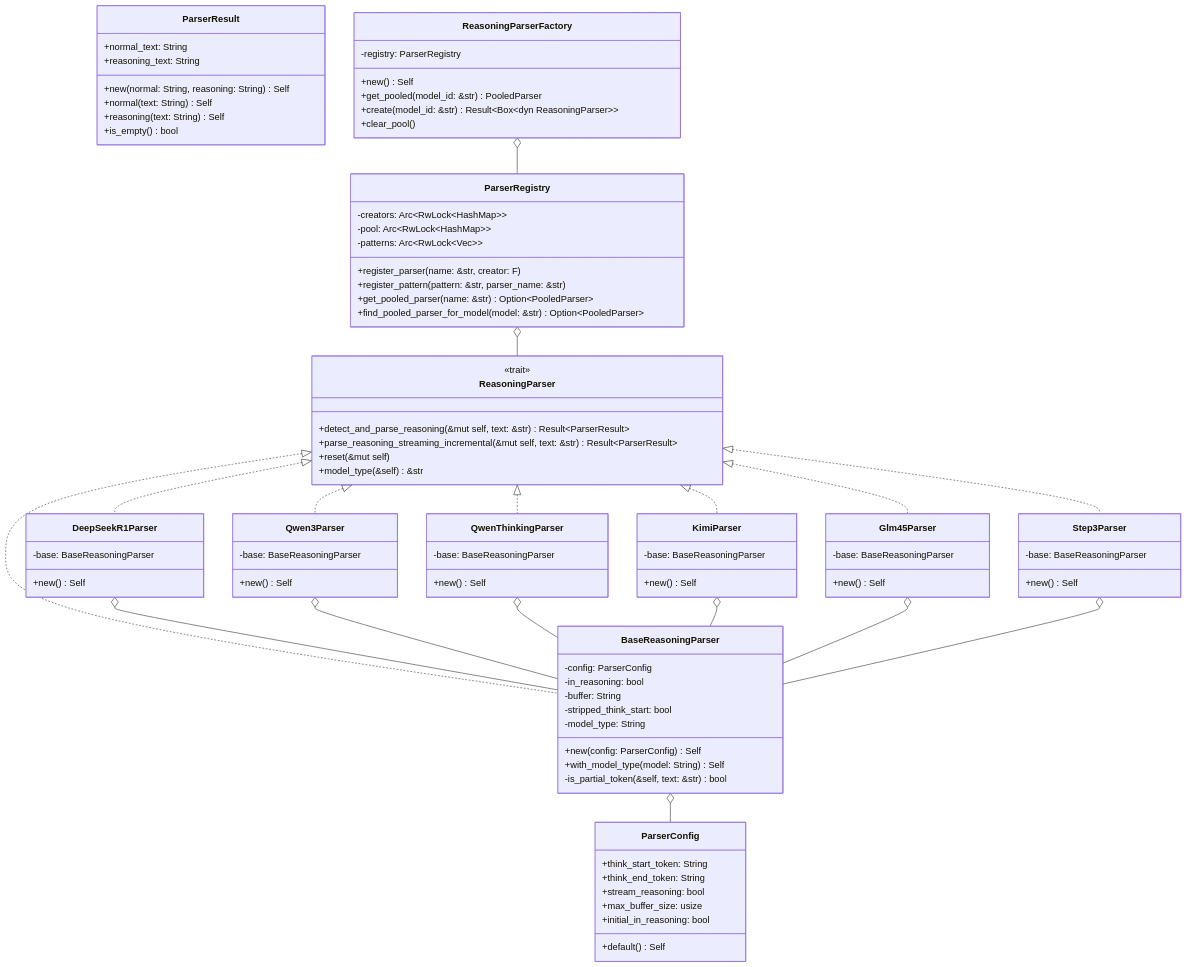
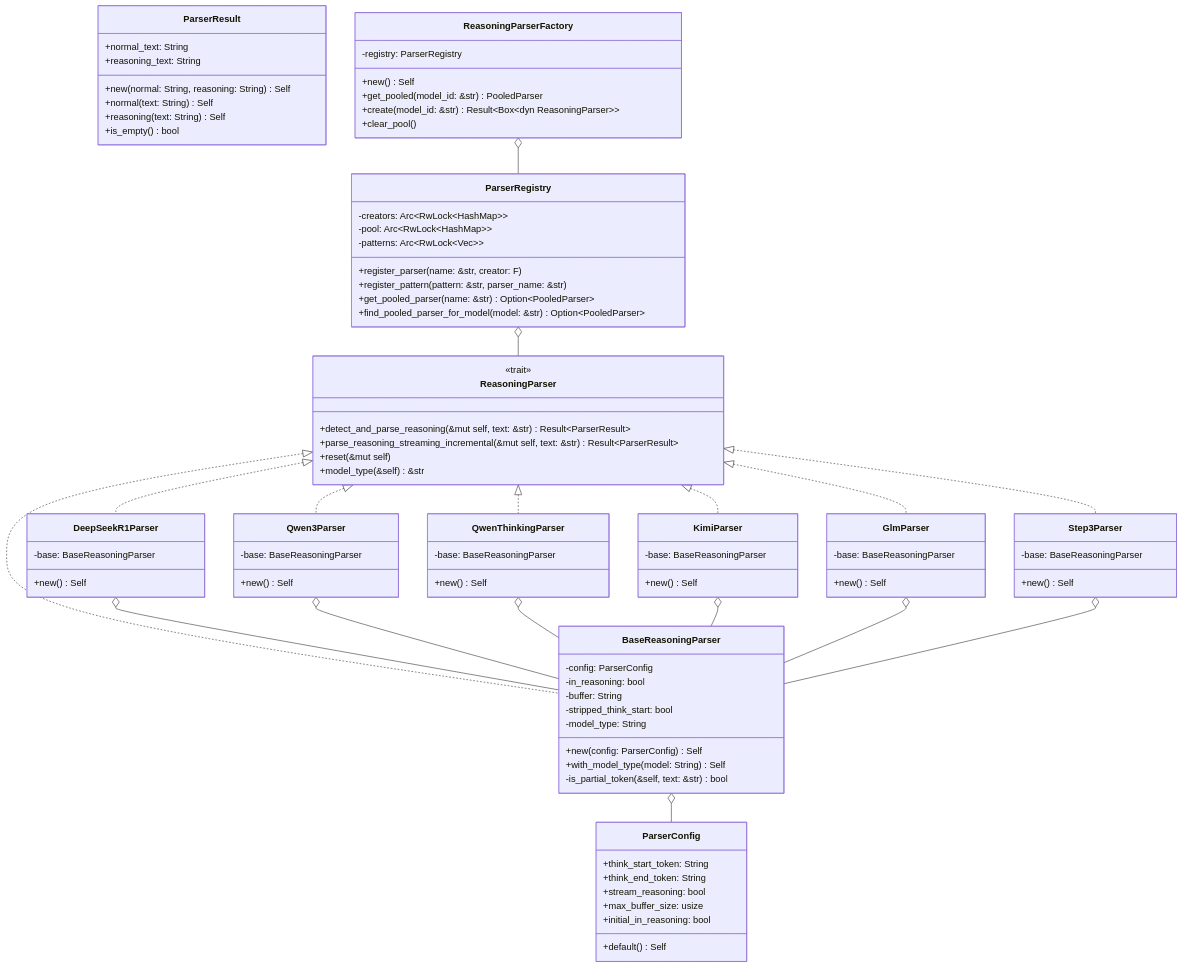
Before and after one commit to lightseekorg/smg: the third of 3 diagrams in crates/reasoning_parser/src/README.md, drawn with Mermaid. The commit also changed other lines of this file and 5 other files, not shown here.

First line of the commit message:
refactor(reasoning-parser): rename Glm45Parser to GlmParser with catch-all "glm" pattern

```diff
--- a/crates/reasoning_parser/src/README.md
+++ b/crates/reasoning_parser/src/README.md
@@ -196,7 +196,7 @@
         +new() Self
     }
 
-    class Glm45Parser {
+    class GlmParser {
         -base: BaseReasoningParser
         +new() Self
     }
@@ -229,14 +229,14 @@
     ReasoningParser <|.. Qwen3Parser
     ReasoningParser <|.. QwenThinkingParser
     ReasoningParser <|.. KimiParser
-    ReasoningParser <|.. Glm45Parser
+    ReasoningParser <|.. GlmParser
     ReasoningParser <|.. Step3Parser
 
     DeepSeekR1Parser o-- BaseReasoningParser
     Qwen3Parser o-- BaseReasoningParser
     QwenThinkingParser o-- BaseReasoningParser
     KimiParser o-- BaseReasoningParser
-    Glm45Parser o-- BaseReasoningParser
+    GlmParser o-- BaseReasoningParser
     Step3Parser o-- BaseReasoningParser
 
     BaseReasoningParser o-- ParserConfig
```
